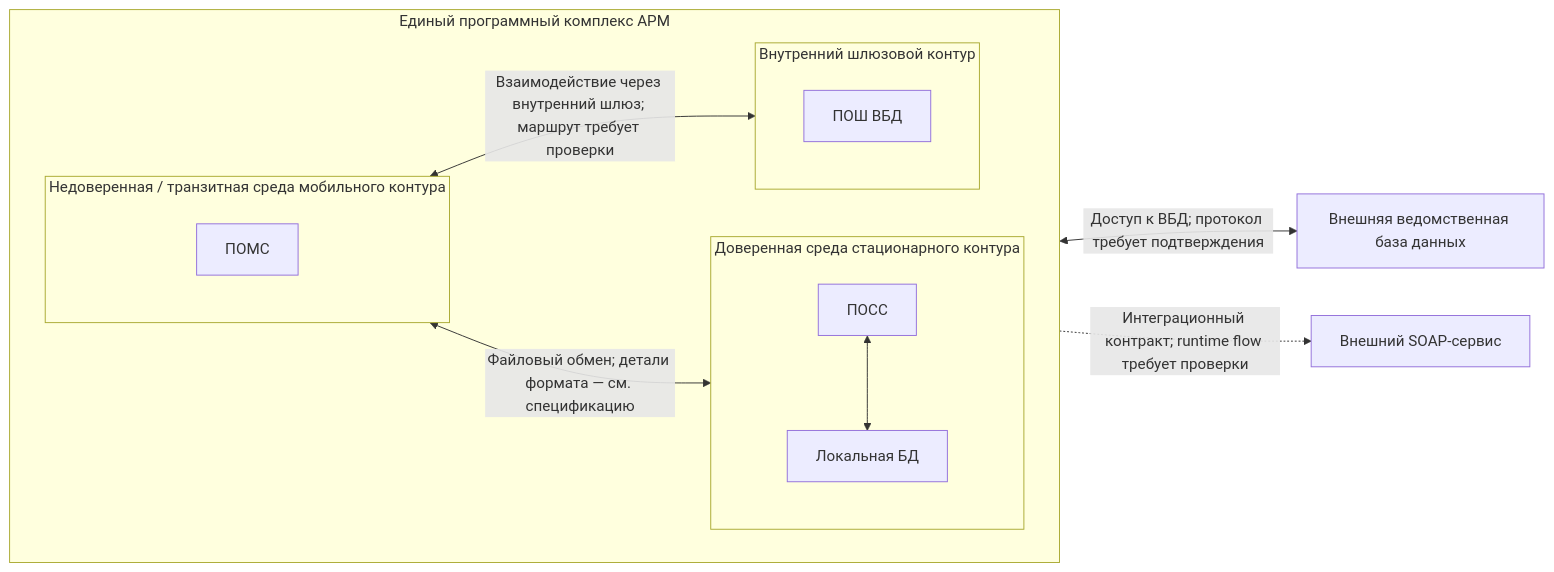
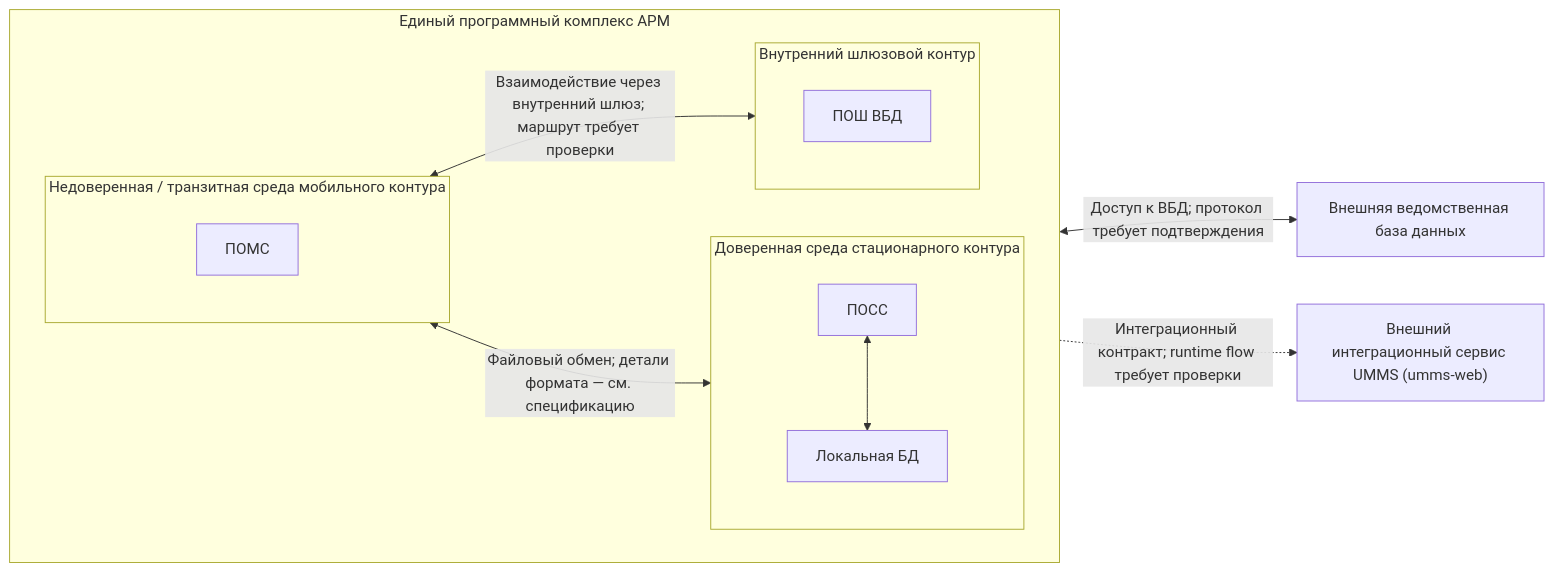
The diagram in specs/docs/07-trust-levels-security-architecture.md (ekatmoz88-alt/territory-descriptor-unified), drawn with Mermaid before and after one commit. The commit also changed other lines of this file and 83 other files, not shown here.

````diff
--- a/specs/docs/07-trust-levels-security-architecture.md
+++ b/specs/docs/07-trust-levels-security-architecture.md
@@ -32,26 +32,26 @@
 ```mermaid
 flowchart LR
   subgraph ARM["Единый программный комплекс АРМ"]
     direction LR
     subgraph STATIONARY["Доверенная среда стационарного контура"]
       direction TB
       POSS["ПОСС"]
       LOCALDB["Локальная БД"]
       POSS <--> LOCALDB
     end
     subgraph TRANSIT["Недоверенная / транзитная среда мобильного контура"]
       direction TB
       POMS["ПОМС"]
     end
     subgraph GATEWAY["Внутренний шлюзовой контур"]
       direction TB
       POSHVBD["ПОШ ВБД"]
     end
     POMS <-->|"Файловый обмен; детали формата — см. спецификацию"| POSS
     POMS <-->|"Взаимодействие через внутренний шлюз; маршрут требует проверки"| POSHVBD
   end
   VBD["Внешняя ведомственная база данных"]
-  EXTERNAL_SERVICE["Внешний SOAP-сервис"]
+  UMMS["Внешний интеграционный сервис UMMS (umms-web)"]
   POSHVBD <-->|"Доступ к ВБД; протокол требует подтверждения"| VBD
-  ARM -.->|"Интеграционный контракт; runtime flow требует проверки"| EXTERNAL_SERVICE
+  ARM -.->|"Интеграционный контракт; runtime flow требует проверки"| UMMS
 ```
````
